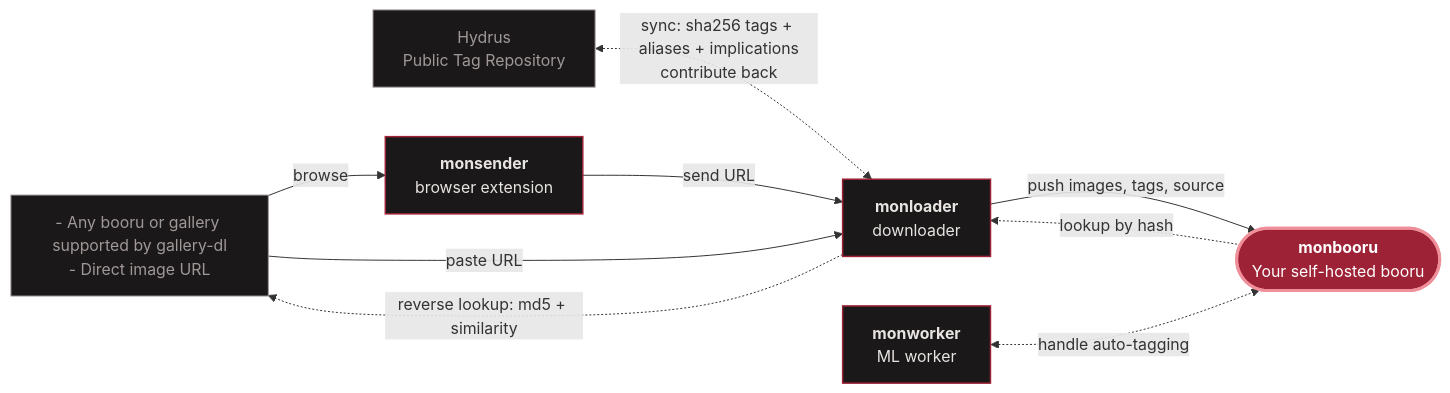
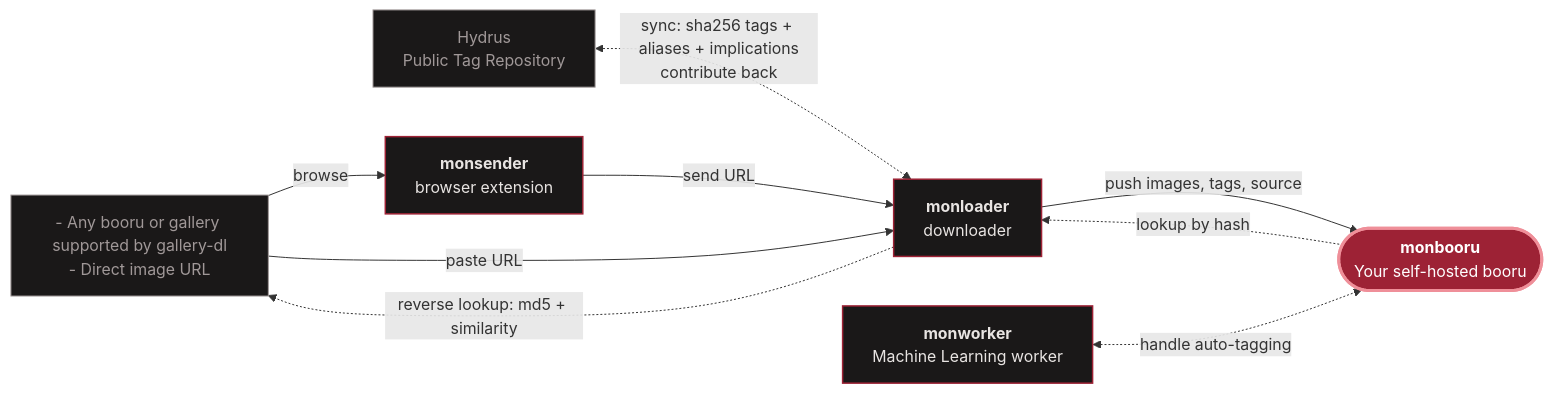
One commit to monbooru/monbooru changed the diagram in README.md. Above: the diagram before and after it, drawn with Mermaid.

Commit message:
docs(readme): spell out Machine Learning in the graph

````diff
--- a/README.md
+++ b/README.md
@@ -104,40 +104,40 @@
 ```mermaid
 ---
 config:
   layout: dagre
   flowchart:
     wrappingWidth: 200
 ---
 flowchart LR
     web["`- Any booru or gallery supported by gallery-dl
 - Direct image URL`"]
     ptr["`Hydrus
 Public Tag Repository`"]
     sender["`**monsender**
 browser extension`"]
     loader["`**monloader**
 downloader`"]
     booru(["`**monbooru**
 Your self-hosted booru`"])
     worker["`**monworker**
-ML worker`"]
+Machine Learning worker`"]
 
     web -->|browse| sender
     sender -->|send URL| loader
     web -->|paste URL| loader
     loader -->|push images, tags, source| booru
 
     booru -.->|lookup by hash| loader
     loader -.->|reverse lookup: md5 + similarity| web
     ptr <-.->|"`sync: sha256 tags + aliases + implications
 contribute back`"| loader
     worker <-.->|handle auto-tagging| booru
 
     classDef hub  fill:#9d2235,stroke:#ef8f99,stroke-width:3px,color:#ffffff;
     classDef tool fill:#1a1818,stroke:#9d2235,stroke-width:1.5px,color:#e8e4e2;
     classDef src  fill:#1a1818,stroke:#a09898,stroke-width:1px,color:#a09898;
 
     class booru hub;
     class sender,loader,worker tool;
     class web,ptr src;
 ```
````
